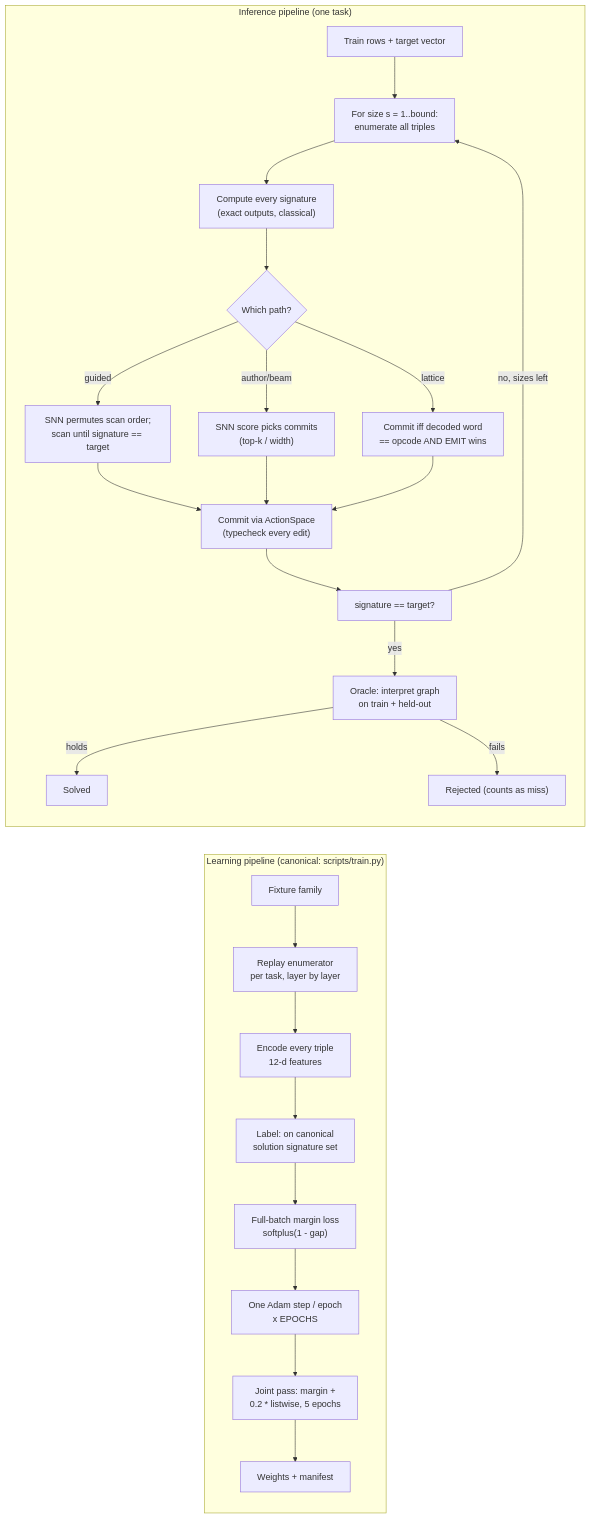
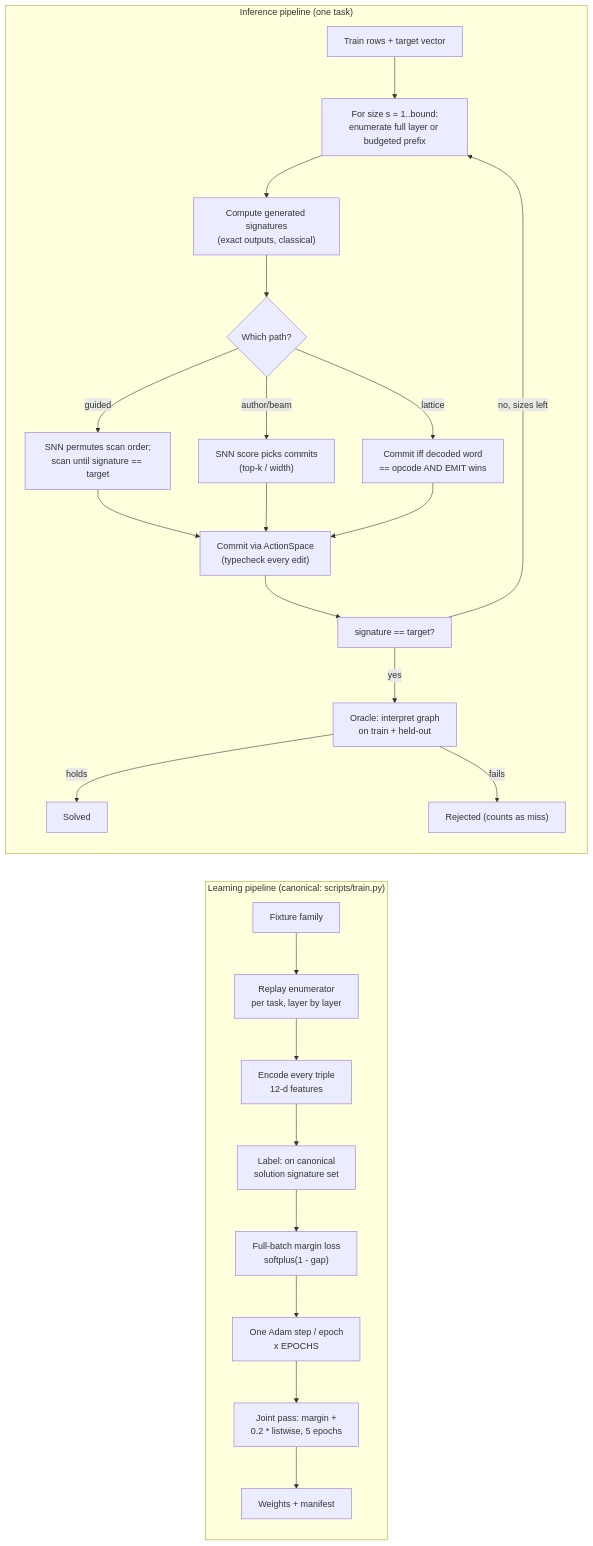
The second of 5 diagrams in architecture.md (Capsize-Games/rsi-programmer), drawn with Mermaid before and after one commit. The commit also changed other lines of this file and 55 other files, not shown here.

````diff
--- a/architecture.md
+++ b/architecture.md
@@ -91,26 +89,26 @@
 ```mermaid
 flowchart LR
     subgraph TRAIN_PIPE["Learning pipeline (canonical: scripts/train.py)"]
         T1["Fixture family"] --> T2["Replay enumerator<br/>per task, layer by layer"]
         T2 --> T3["Encode every triple<br/>12-d features"]
         T3 --> T4["Label: on canonical<br/>solution signature set"]
         T4 --> T5["Full-batch margin loss<br/>softplus(1 - gap)"]
         T5 --> T6["One Adam step / epoch<br/>x EPOCHS"]
         T6 --> T7["Joint pass: margin +<br/>0.2 * listwise, 5 epochs"]
         T7 --> T8["Weights + manifest"]
     end
     subgraph INFER_PIPE["Inference pipeline (one task)"]
-        I1["Train rows + target vector"] --> I2["For size s = 1..bound:<br/>enumerate all triples"]
-        I2 --> I3["Compute every signature<br/>(exact outputs, classical)"]
+        I1["Train rows + target vector"] --> I2["For size s = 1..bound:<br/>enumerate full layer or budgeted prefix"]
+        I2 --> I3["Compute generated signatures<br/>(exact outputs, classical)"]
         I3 --> I4{"Which path?"}
         I4 -->|guided| I5["SNN permutes scan order;<br/>scan until signature == target"]
         I4 -->|author/beam| I6["SNN score picks commits<br/>(top-k / width)"]
         I4 -->|lattice| I7["Commit iff decoded word<br/>== opcode AND EMIT wins"]
         I5 & I6 & I7 --> I8["Commit via ActionSpace<br/>(typecheck every edit)"]
         I8 --> I9["signature == target?"]
         I9 -->|yes| I10["Oracle: interpret graph<br/>on train + held-out"]
         I9 -->|no, sizes left| I2
         I10 -->|holds| I11["Solved"]
         I10 -->|fails| I12["Rejected (counts as miss)"]
     end
 ```
````
